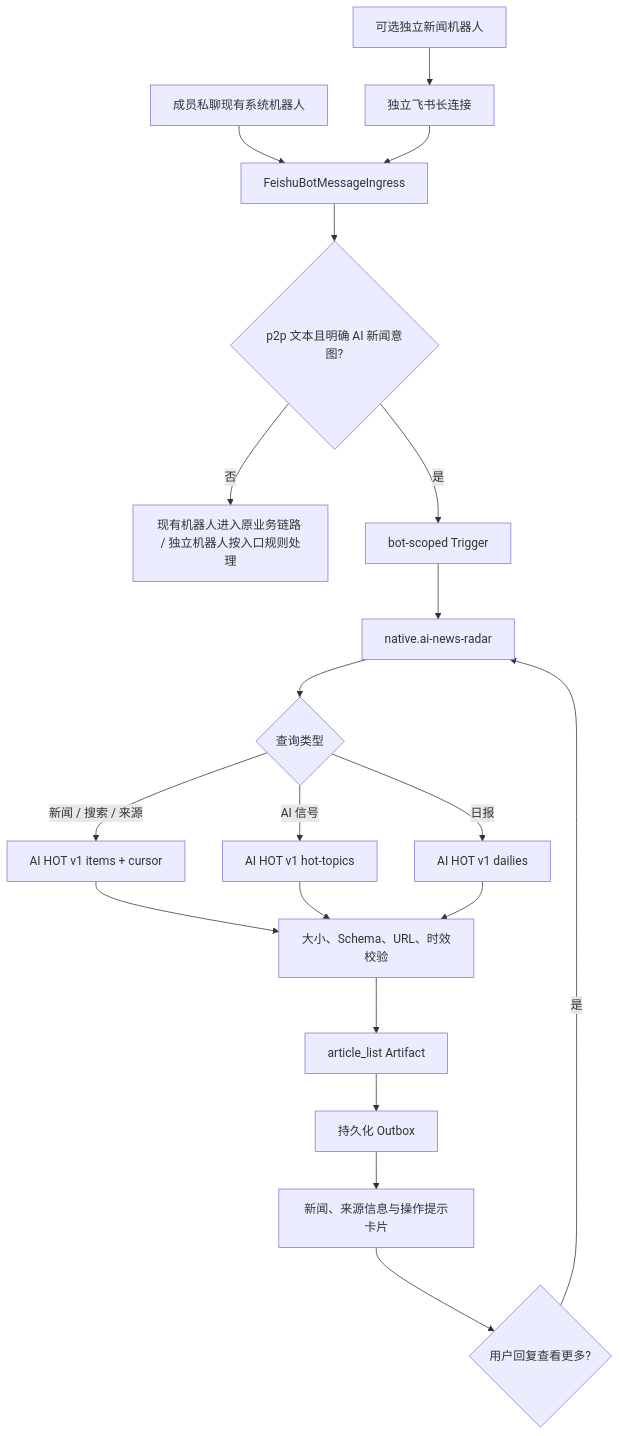
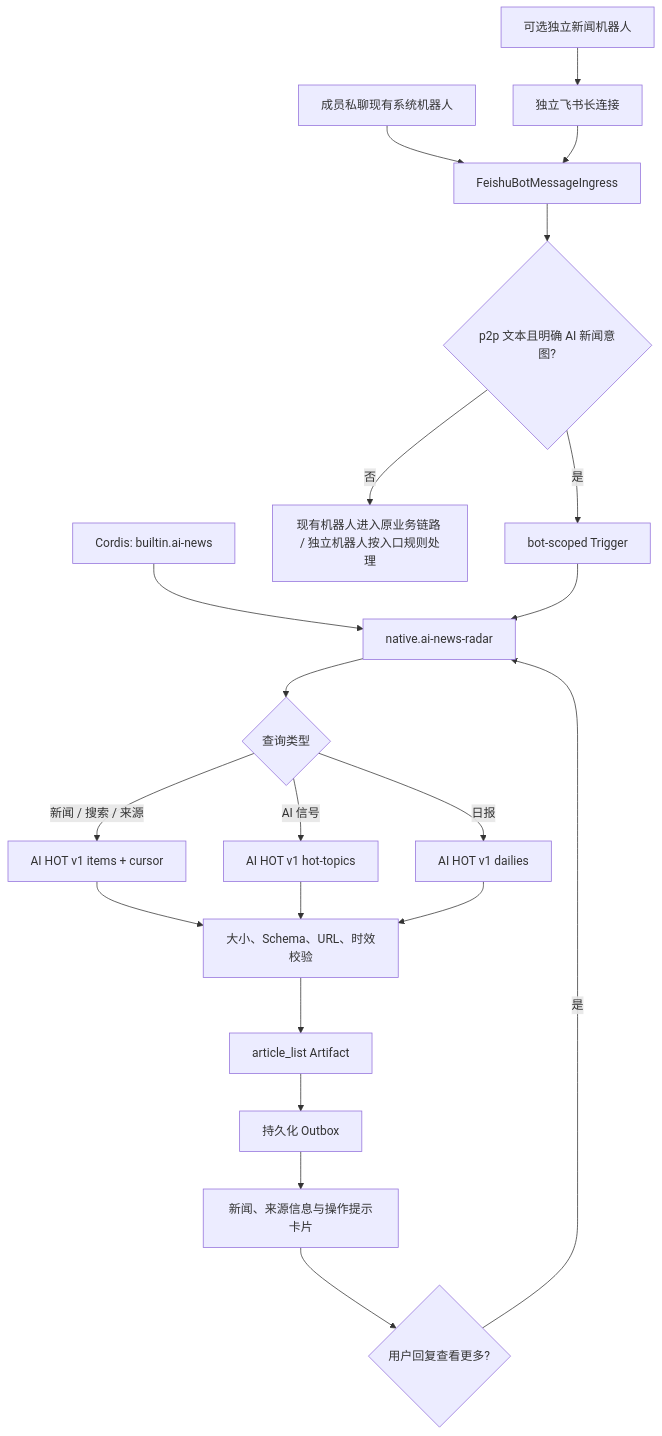
Before and after one commit to KlayPeter/AI-Delivery-Ops-Agent: the diagram in backend/src/agents/native/ai-news-radar/FEATURE.md, drawn with Mermaid. The commit also changed other lines of this file and 47 other files, not shown here.

````diff
--- a/backend/src/agents/native/ai-news-radar/FEATURE.md
+++ b/backend/src/agents/native/ai-news-radar/FEATURE.md
@@ -22,22 +22,23 @@
 ```mermaid
 flowchart TD
+    PL["Cordis: builtin.ai-news"] --> A
     U["成员私聊现有系统机器人"] --> I["FeishuBotMessageIngress"]
     S["可选独立新闻机器人"] --> W["独立飞书长连接"]
     W --> I
     I --> P{"p2p 文本且明确 AI 新闻意图?"}
     P -- 否 --> X["现有机器人进入原业务链路 / 独立机器人按入口规则处理"]
     P -- 是 --> T["bot-scoped Trigger"]
     T --> A["native.ai-news-radar"]
     A --> Q{"查询类型"}
     Q -- "新闻 / 搜索 / 来源" --> E["AI HOT v1 items + cursor"]
     Q -- "AI 信号" --> H["AI HOT v1 hot-topics"]
     Q -- "日报" --> J["AI HOT v1 dailies"]
     E --> V["大小、Schema、URL、时效校验"]
     H --> V
     J --> V
     V --> R["article_list Artifact"]
     R --> O["持久化 Outbox"]
     O --> D["新闻、来源信息与操作提示卡片"]
     D --> C{"用户回复查看更多?"}
     C -- 是 --> A
 ```
````
